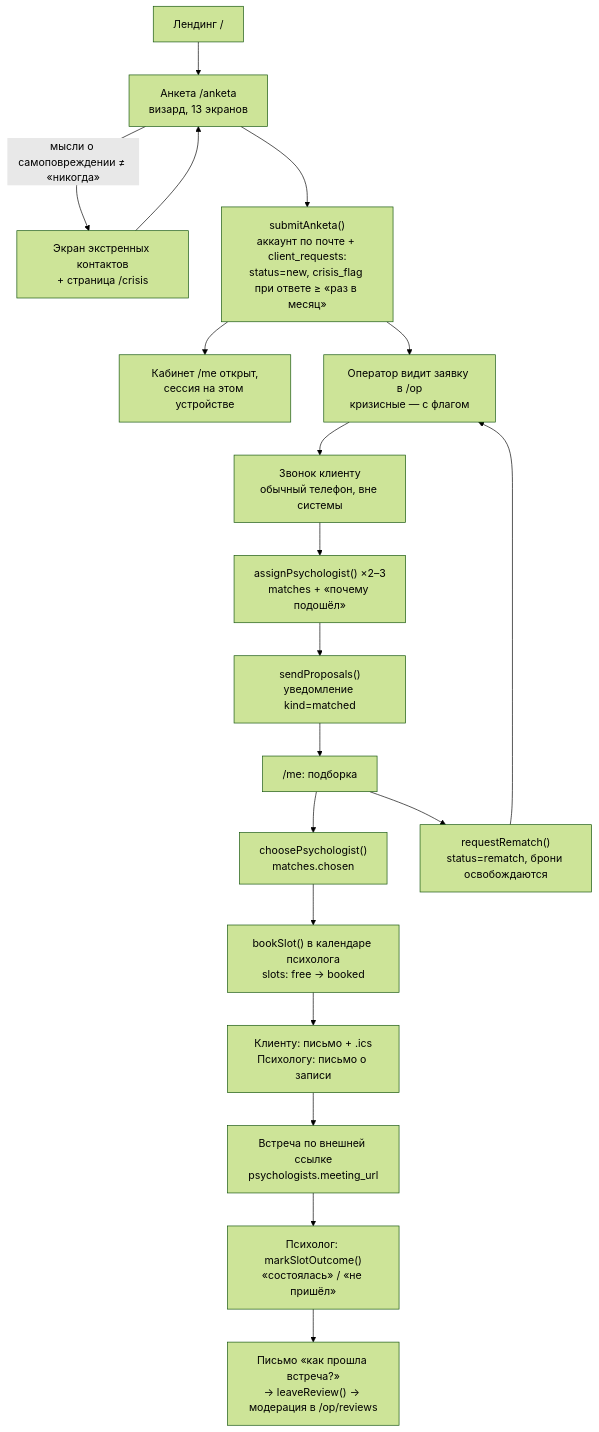
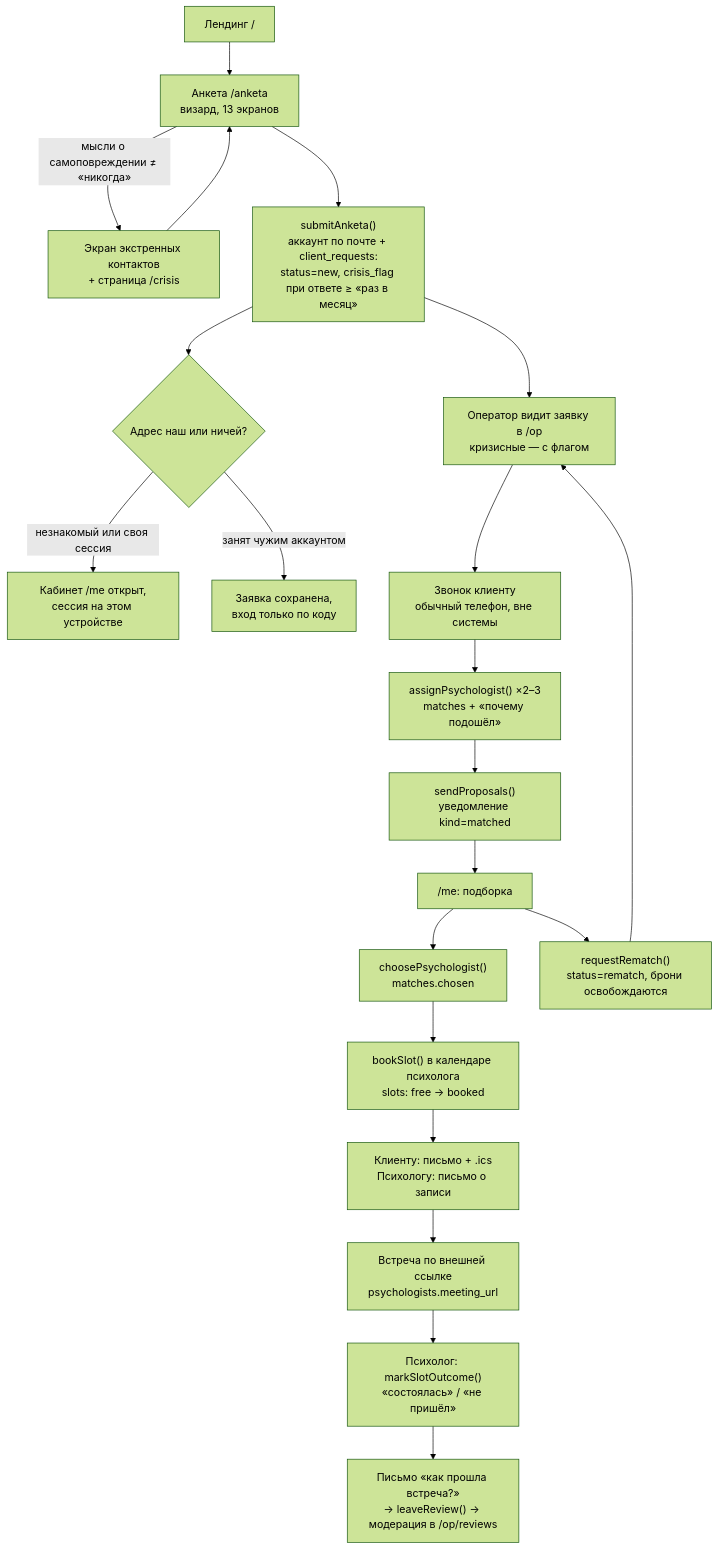
The first of 5 diagrams in docs/spec/flow.md (goosen-x/mipsy), drawn with Mermaid (forest theme) before and after one commit. The commit also changed other lines of this file and 12 other files, not shown here.

````diff
--- a/docs/spec/flow.md
+++ b/docs/spec/flow.md
@@ -18,21 +18,23 @@
 ```mermaid
 flowchart TD
   L["Лендинг /"] --> A["Анкета /anketa<br/>визард, 13 экранов"]
   A -->|"мысли о самоповреждении ≠ «никогда»"| C["Экран экстренных контактов<br/>+ страница /crisis"]
   C --> A
   A --> S["submitAnketa()<br/>аккаунт по почте + client_requests:<br/>status=new, crisis_flag при ответе ≥ «раз в месяц»"]
-  S --> T["Кабинет /me открыт,<br/>сессия на этом устройстве"]
+  S --> OWN{"Адрес наш или ничей?"}
+  OWN -->|"незнакомый или своя сессия"| T["Кабинет /me открыт,<br/>сессия на этом устройстве"]
+  OWN -->|"занят чужим аккаунтом"| LOG2["Заявка сохранена,<br/>вход только по коду"]
   S --> OP["Оператор видит заявку в /op<br/>кризисные — с флагом"]
   OP --> CALL["Звонок клиенту<br/>обычный телефон, вне системы"]
   CALL --> M["assignPsychologist() ×2–3<br/>matches + «почему подошёл»"]
   M --> SP["sendProposals()<br/>уведомление kind=matched"]
   SP --> ME["/me: подборка"]
   ME --> CH["choosePsychologist()<br/>matches.chosen"]
   CH --> BK["bookSlot() в календаре психолога<br/>slots: free → booked"]
   BK --> N1["Клиенту: письмо + .ics<br/>Психологу: письмо о записи"]
   N1 --> V["Встреча по внешней ссылке<br/>psychologists.meeting_url"]
   V --> MK["Психолог: markSlotOutcome()<br/>«состоялась» / «не пришёл»"]
   MK --> RV["Письмо «как прошла встреча?»<br/>→ leaveReview() → модерация в /op/reviews"]
   ME --> RM["requestRematch()<br/>status=rematch, брони освобождаются"]
   RM --> OP
 ```
````
